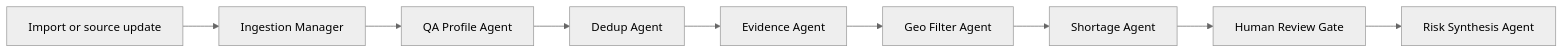
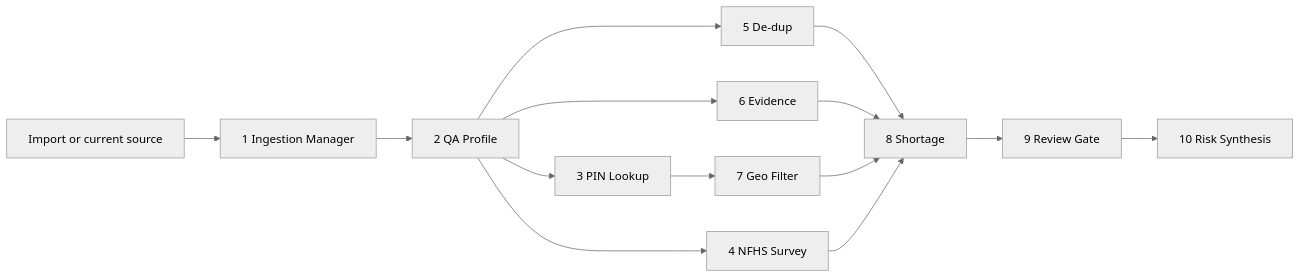
One commit to motobob/dbx_hack_doctors changed the diagram in demo/DEVPOST_STORY.md. Above: the diagram before and after it, drawn with Mermaid (neutral theme). The commit also changed other lines of this file and 1 other file, not shown here.

````diff
--- a/demo/DEVPOST_STORY.md
+++ b/demo/DEVPOST_STORY.md
@@ -36,11 +44,16 @@
 ```mermaid
 flowchart LR
-  import[Import or source update] --> ingest[Ingestion Manager]
-  ingest --> qa[QA Profile Agent]
-  qa --> dedupe[Dedup Agent]
-  dedupe --> evidence[Evidence Agent]
-  evidence --> geo[Geo Filter Agent]
-  geo --> shortage[Shortage Agent]
-  shortage --> review[Human Review Gate]
-  review --> risk[Risk Synthesis Agent]
+  start[Import or current source] --> ingest[1 Ingestion Manager]
+  ingest --> qa[2 QA Profile]
+  qa --> pin[3 PIN Lookup]
+  qa --> nfhs[4 NFHS Survey]
+  qa --> dedupe[5 De-dup]
+  qa --> evidence[6 Evidence]
+  pin --> geo[7 Geo Filter]
+  dedupe --> shortage[8 Shortage]
+  evidence --> shortage
+  geo --> shortage
+  nfhs --> shortage
+  shortage --> review[9 Review Gate]
+  review --> risk[10 Risk Synthesis]
 ```
````
